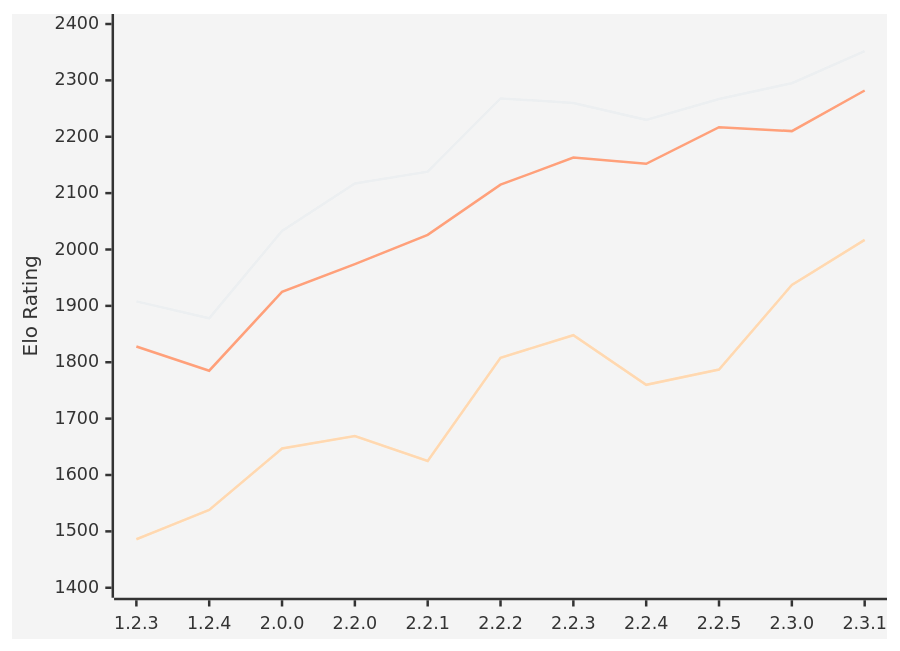
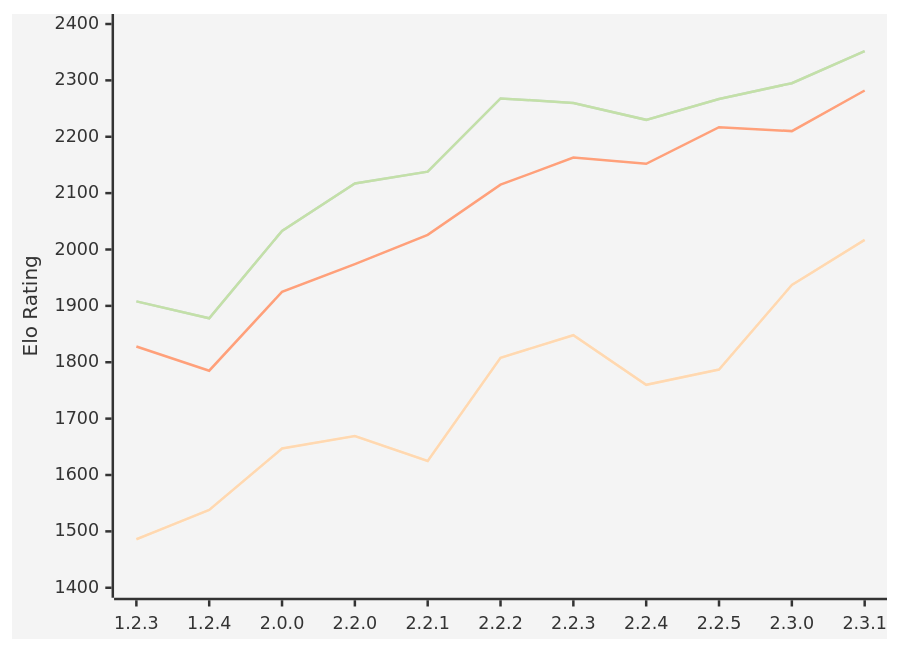
The first of 2 diagrams in engines/Kreveta.md (computer-chess-index/cci), drawn with Mermaid before and after one commit. The commit also changed other lines of this file, not shown here.

Commit message:
Update CCI Ratings (ELO VLTC) - 2026-05-17

````diff
--- a/engines/Kreveta.md
+++ b/engines/Kreveta.md
@@ -43,10 +43,12 @@
 ```mermaid
 %%{init: {"theme":"base","themeVariables":{"seriesColors":["#6e6e6e","#f4a261","#2a9d8f"]}}}%%
 xychart-beta
   x-axis ["1.2.3", "1.2.4", "2.0.0", "2.2.0", "2.2.1", "2.2.2", "2.2.3", "2.2.4", "2.2.5", "2.3.0", "2.3.1"]
   y-axis "Elo Rating" 1400 --> 2400
   line "① STC (8.0+0.08s)" [1486, 1538, 1647, 1669, 1625, 1808, 1848, 1760, 1787, 1937, 2017]
   line "① STC (8.0+0.08s)" [1486, 1538, 1647, 1669, 1625, 1808, 1848, 1760, 1787, 1937, 2017]
   line "② LTC (60.0+0.60s)" [1828, 1785, 1925, 1974, 2026, 2115, 2163, 2152, 2217, 2210, 2282]
   line "③ VLTC (2m24s+1.12s)" [1908, 1878, 2033, 2117, 2138, 2268, 2260, 2230, 2267, 2295, 2352]
+  line "③ VLTC (2m24s+1.12s)" [1908, 1878, 2033, 2117, 2138, 2268, 2260, 2230, 2267, 2295, 2352]
+  line "③ VLTC (2m24s+1.12s)" [1908, 1878, 2033, 2117, 2138, 2268, 2260, 2230, 2267, 2295, 2352]
 ```
````
